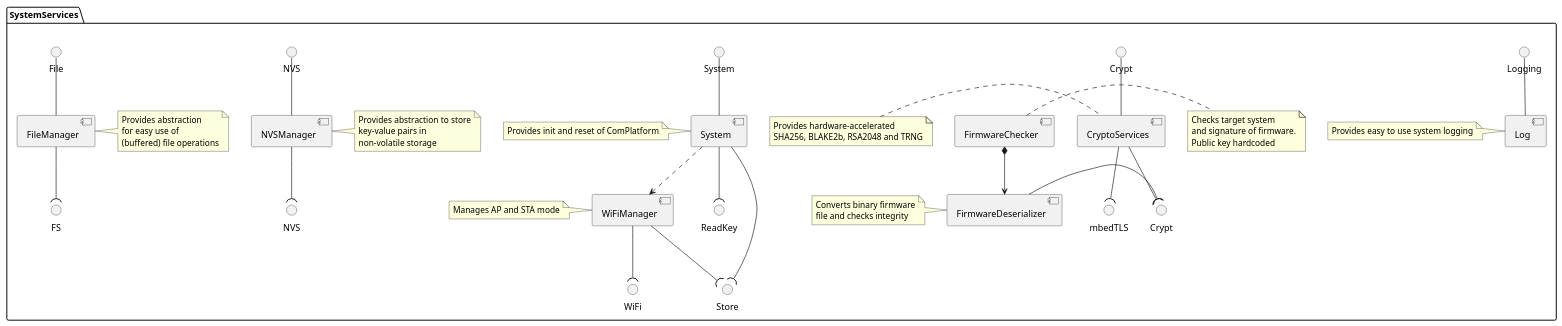
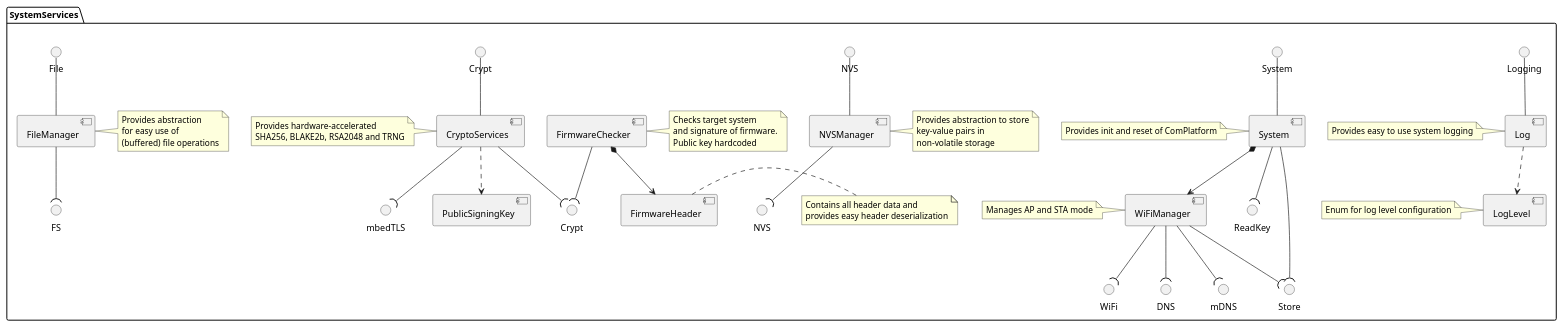
Before and after one commit to NewTec-GmbH/ZumoComSystem: the diagram in doc/architecture/server/05_SystemServices.plantuml, drawn with PlantUML. The commit also changed 9 other files, not shown here.

Commit message:
refactor(server): Update design diagrams #65

```diff
--- a/doc/architecture/server/05_SystemServices.plantuml
+++ b/doc/architecture/server/05_SystemServices.plantuml
@@ -1,54 +1,61 @@
 @startuml
 package SystemServices {
     interface "Crypt" as crypthal
     interface "mbedTLS" as mbedtlshal
     interface "NVS" as nvshal
     interface "FS" as fshal
     interface "ReadKey" as readkey
     interface "WiFi" as wifihal
     interface "Store" as store
     interface "System" as systemhal
 
     interface "File" as File
     interface "Crypt" as Crypt
     interface "NVS" as nvs
     interface "Logging" as Logging
 
     component "System" as initcom
     component "FirmwareChecker" as firmwarecheck
-    component "FirmwareDeserializer" as fwdeserializer
+    component "FirmwareHeader" as fwheader
+    component "PublicSigningKey" as pubkey
     component "CryptoServices" as cryptoservices
     component "FileManager" as filemanager
     component "NVSManager" as nvsmanager
     component "WiFiManager" as wifilayerhal
     component "Log" as logger
+    component "LogLevel" as loglevel
 
     note left of cryptoservices : Provides hardware-accelerated\nSHA256, BLAKE2b, RSA2048 and TRNG
-    note left of fwdeserializer : Converts binary firmware\nfile and checks integrity
     note right of firmwarecheck : Checks target system\nand signature of firmware.\nPublic key hardcoded
+    note right of fwheader : Contains all header data and\nprovides easy header deserialization
     note right of filemanager : Provides abstraction\nfor easy use of\n(buffered) file operations
     note right of nvsmanager : Provides abstraction to store\nkey-value pairs in\nnon-volatile storage
     note left of initcom : Provides init and reset of ComPlatform
     note left of wifilayerhal: Manages AP and STA mode
     note left of logger: Provides easy to use system logging
+    note left of loglevel: Enum for log level configuration
 
     filemanager -up- File
     cryptoservices -up- Crypt
     nvsmanager -up- nvs
     initcom -up- systemhal
     logger -up- Logging
 
-    initcom ..> wifilayerhal
-    firmwarecheck *--> fwdeserializer
+    initcom *--> wifilayerhal
+    firmwarecheck *--> fwheader
+    logger ..> loglevel
+    cryptoservices ..> pubkey
 
-    fwdeserializer -down(crypthal
+    firmwarecheck -down-(crypthal
     nvsmanager -down-(nvshal
     filemanager -down-(fshal
     initcom -down-(readkey
     initcom -down-(store
     wifilayerhal -down-(wifihal
     wifilayerhal -down-(store
+    wifilayerhal -down-(DNS
+    wifilayerhal -down-(mDNS
     cryptoservices -down-(crypthal
     cryptoservices -down-(mbedtlshal
 }
 @enduml
```
